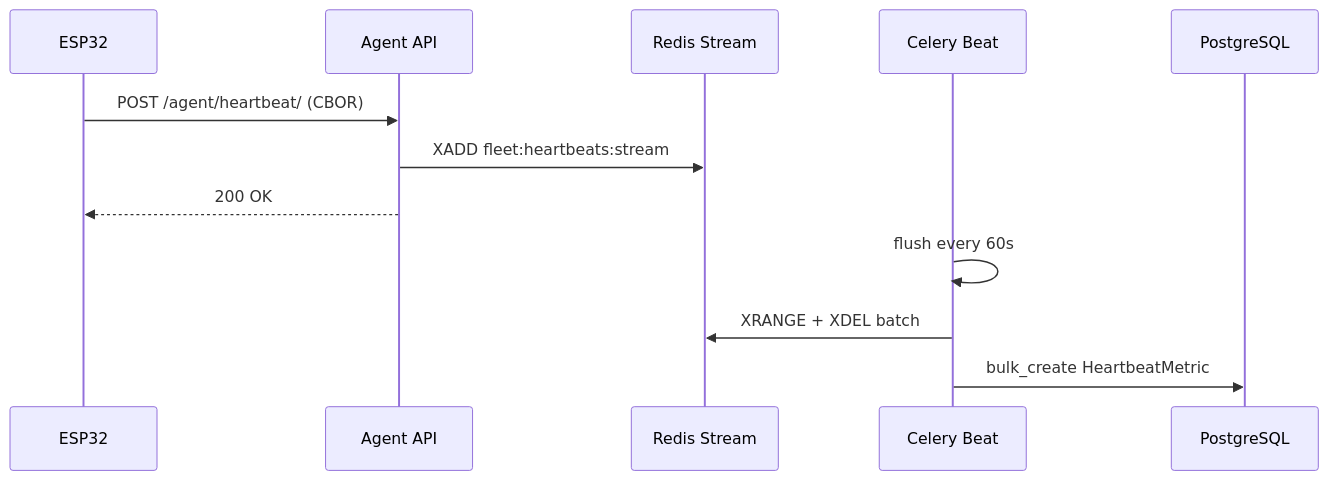
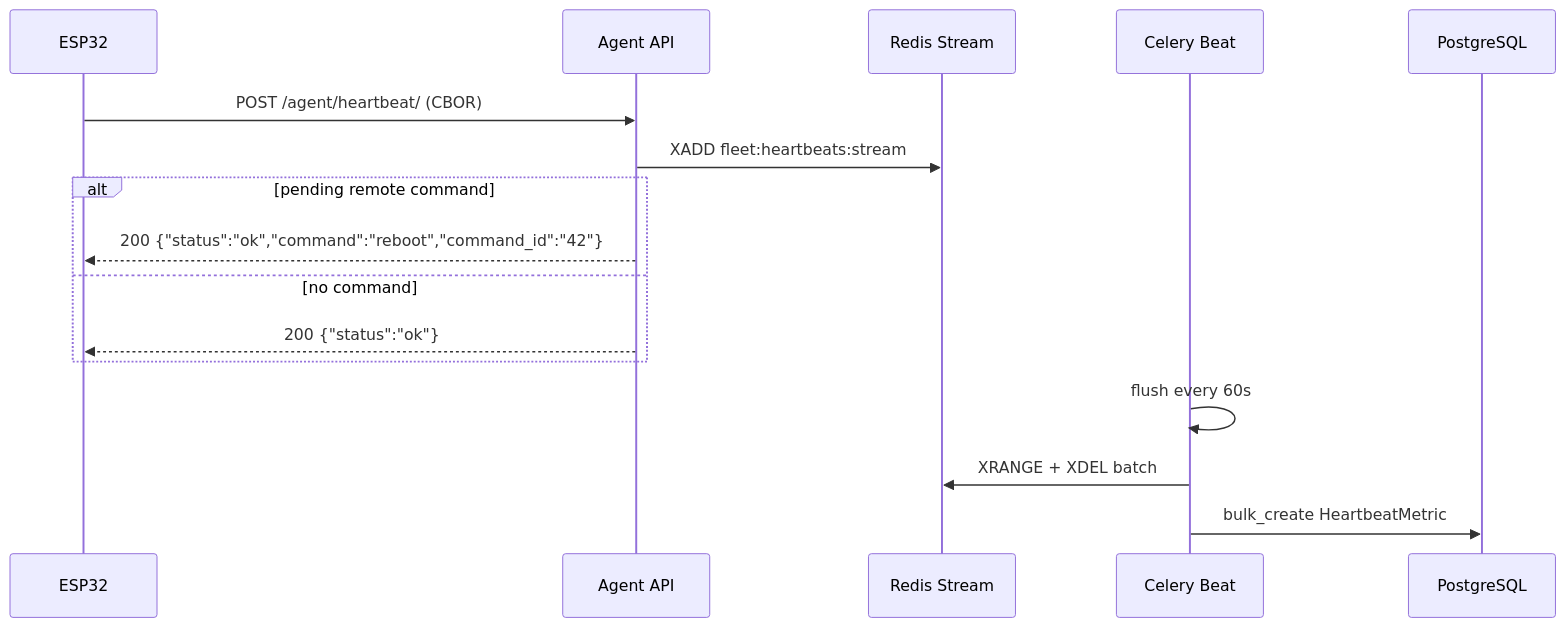
Before and after one commit to atzounis/fleet_manager: the second of 4 diagrams in README.md, drawn with Mermaid. The commit also changed other lines of this file and 4 other files, not shown here.

````diff
--- a/README.md
+++ b/README.md
@@ -76,15 +77,19 @@
 ```mermaid
 sequenceDiagram
   participant D as ESP32
   participant W as Agent API
   participant R as Redis Stream
   participant C as Celery Beat
   participant P as PostgreSQL
 
   D->>W: POST /agent/heartbeat/ (CBOR)
   W->>R: XADD fleet:heartbeats:stream
-  W-->>D: 200 OK
+  alt pending remote command
+    W-->>D: 200 {"status":"ok","command":"reboot","command_id":"42"}
+  else no command
+    W-->>D: 200 {"status":"ok"}
+  end
   C->>C: flush every 60s
   C->>R: XRANGE + XDEL batch
   C->>P: bulk_create HeartbeatMetric
 ```
````
